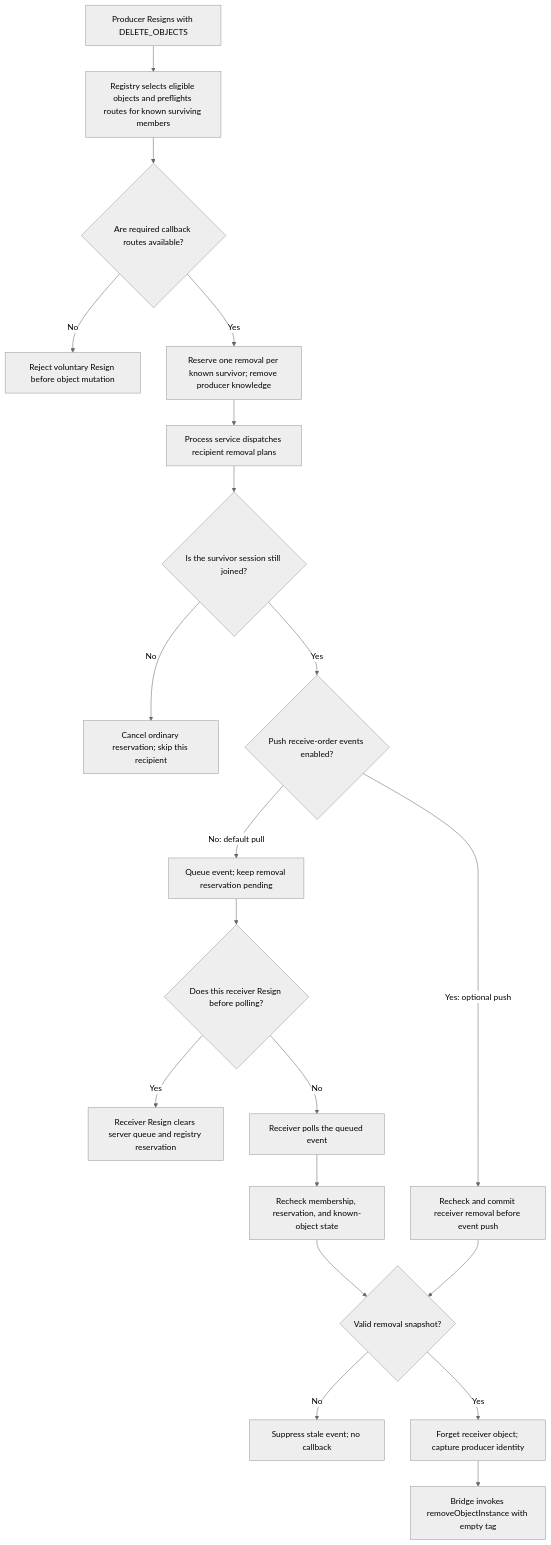
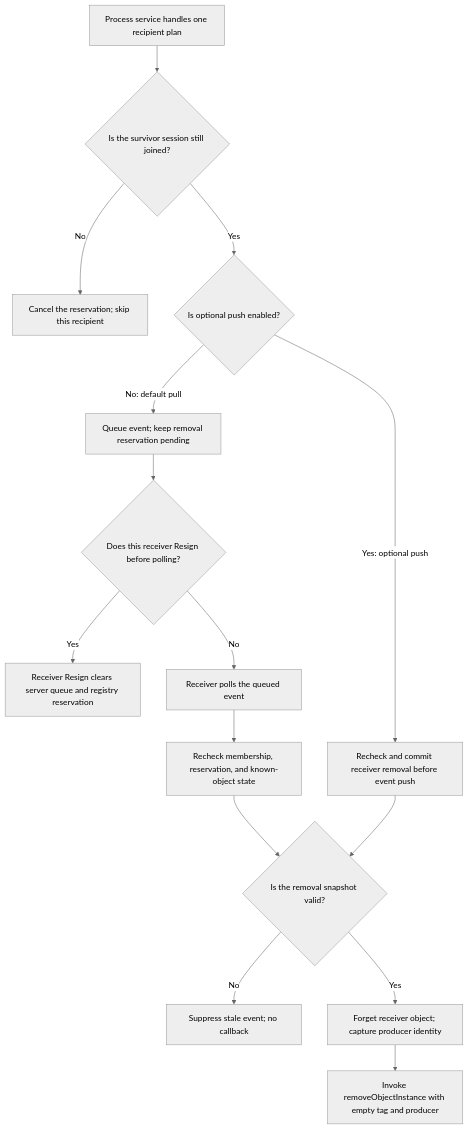
Diagram 23 of 34 in docs/design/HLA-2025-OBJECT-AND-INTERACTION-INFORMATION-FLOW-GUIDE.md (sheepfling/umbra), drawn with Mermaid (neutral theme) before and after one commit. The commit also changed other lines of this file and 668 other files, not shown here.

````diff
--- a/docs/design/HLA-2025-OBJECT-AND-INTERACTION-INFORMATION-FLOW-GUIDE.md
+++ b/docs/design/HLA-2025-OBJECT-AND-INTERACTION-INFORMATION-FLOW-GUIDE.md
@@ -1354,22 +1586,17 @@
 ```mermaid
 flowchart TD
-  Producer["Producer Resigns with DELETE_OBJECTS"] --> Plan["Registry selects eligible objects and preflights routes for known surviving members"]
-  Plan --> Routes{"Are required callback routes available?"}
-  Routes -->|No| Reject["Reject voluntary Resign before object mutation"]
-  Routes -->|Yes| Reserve["Reserve one removal per known survivor; remove producer knowledge"]
-  Reserve --> Dispatch["Process service dispatches recipient removal plans"]
-  Dispatch --> Session{"Is the survivor session still joined?"}
-  Session -->|No| Cancel["Cancel ordinary reservation; skip this recipient"]
-  Session -->|Yes| Mode{"Push receive-order events enabled?"}
+  Plan["Process service handles one recipient plan"] --> Session{"Is the survivor session still joined?"}
+  Session -->|No| Cancel["Cancel the reservation; skip this recipient"]
+  Session -->|Yes| Mode{"Is optional push enabled?"}
   Mode -->|No: default pull| Queue["Queue event; keep removal reservation pending"]
   Queue --> OwnResign{"Does this receiver Resign before polling?"}
   OwnResign -->|Yes| Clear["Receiver Resign clears server queue and registry reservation"]
   OwnResign -->|No| Poll["Receiver polls the queued event"]
   Poll --> PullGate["Recheck membership, reservation, and known-object state"]
   Mode -->|Yes: optional push| PushGate["Recheck and commit receiver removal before event push"]
-  PullGate --> Valid{"Valid removal snapshot?"}
+  PullGate --> Valid{"Is the removal snapshot valid?"}
   PushGate --> Valid
   Valid -->|No| Suppress["Suppress stale event; no callback"]
   Valid -->|Yes| Commit["Forget receiver object; capture producer identity"]
-  Commit --> Callback["Bridge invokes removeObjectInstance with empty tag"]
+  Commit --> Callback["Invoke removeObjectInstance with empty tag and producer"]
 ```
````
